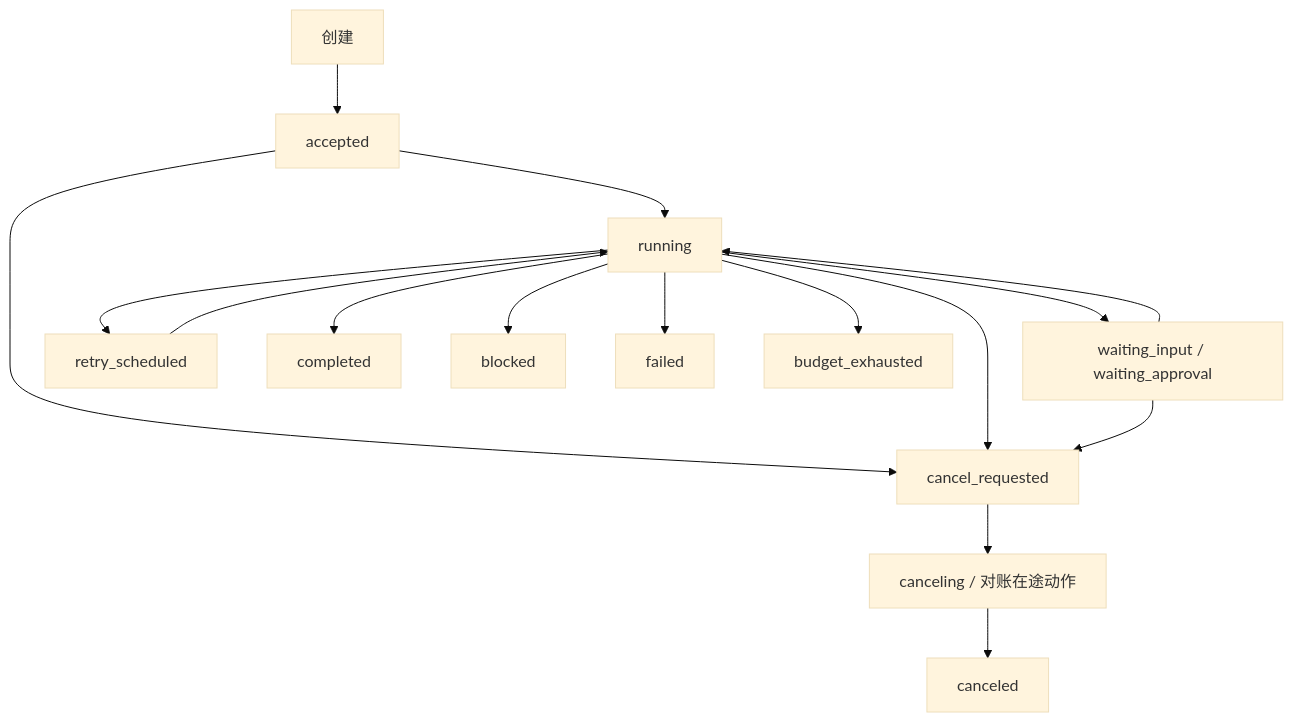
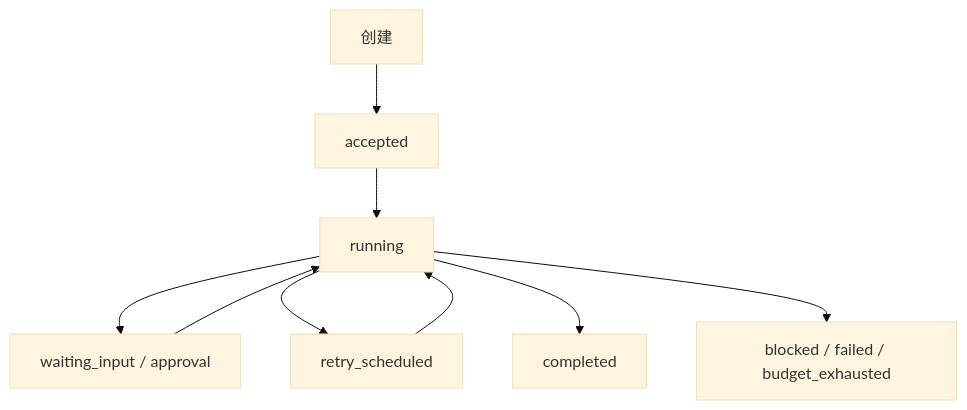
Before and after one commit to FoLaJJ/agent-systems-notes: the third of 7 diagrams in docs/15-production-agent-runtime.md, drawn with Mermaid (base theme). The commit also changed other lines of this file and 11 other files, not shown here.

Commit message:
Improve Mermaid diagram readability

````diff
--- a/docs/15-production-agent-runtime.md
+++ b/docs/15-production-agent-runtime.md
@@ -94,15 +97,9 @@
 ```mermaid
 flowchart TD
     S["创建"] --> A["accepted"] --> R["running"]
-    R --> W["waiting_input / waiting_approval"]
+    R --> W["waiting_input / approval"]
     W --> R
     R --> Y["retry_scheduled"] --> R
-    A --> Q["cancel_requested"]
-    R --> Q
-    W --> Q
-    Q --> K["canceling / 对账在途动作"] --> X["canceled"]
     R --> C["completed"]
-    R --> B["blocked"]
-    R --> F["failed"]
-    R --> E["budget_exhausted"]
+    R --> B["blocked / failed / budget_exhausted"]
 ```
````
